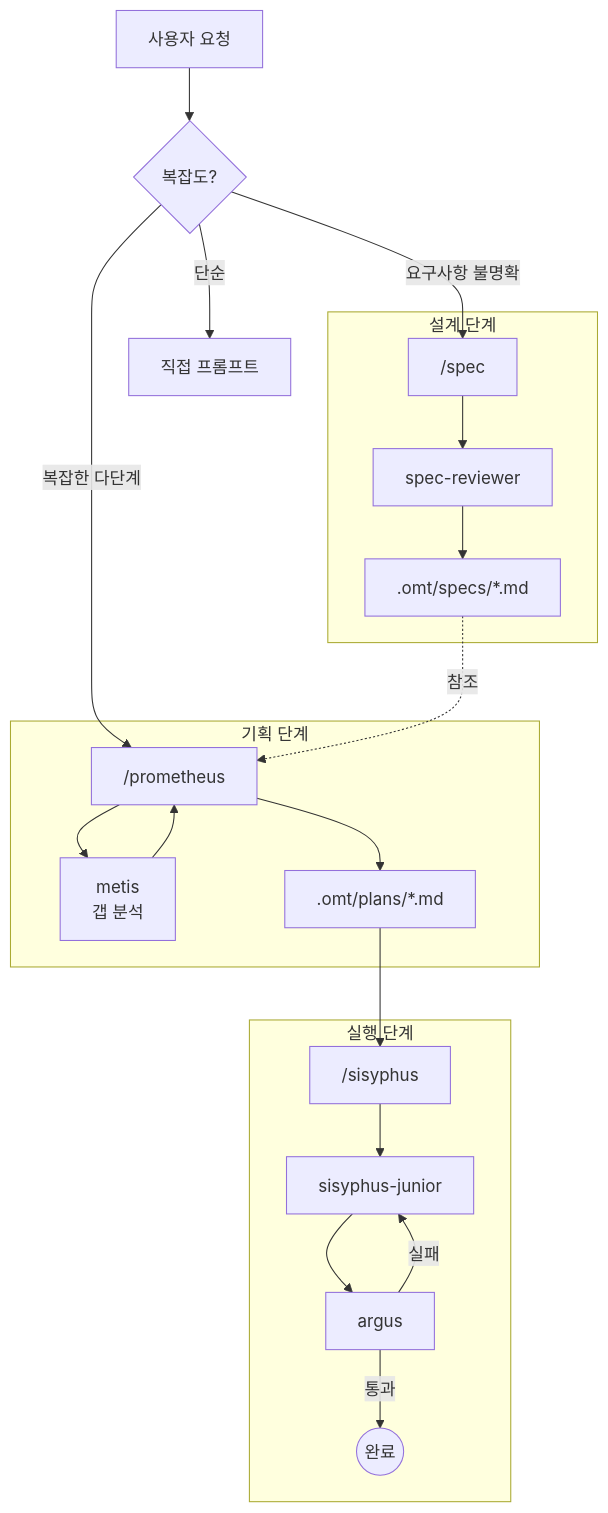
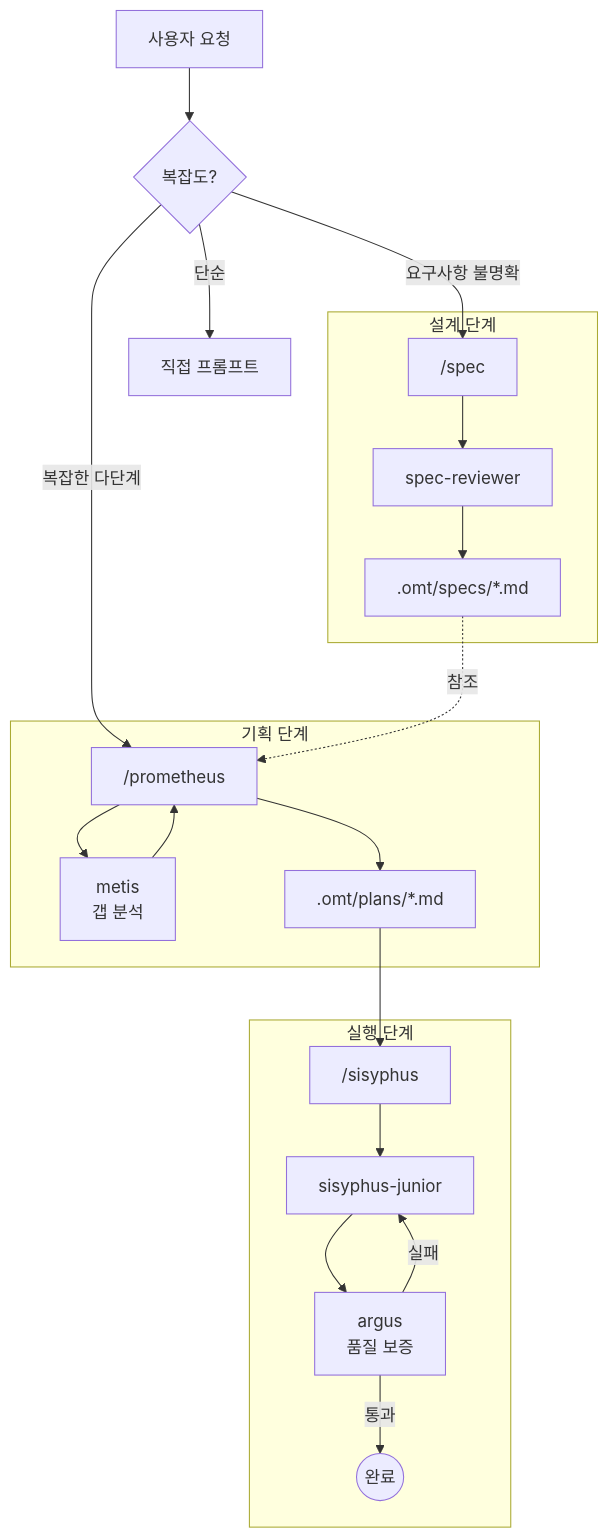
Before and after one commit to toongri/oh-my-toong-playground: the diagram in docs/ORCHESTRATION.md, drawn with Mermaid. The commit also changed other lines of this file and 14 other files, not shown here.

````diff
--- a/docs/ORCHESTRATION.md
+++ b/docs/ORCHESTRATION.md
@@ -50,29 +50,29 @@
 ```mermaid
 flowchart TD
     User[사용자 요청] --> Decision{복잡도?}
 
     Decision -->|단순| Direct[직접 프롬프트]
     Decision -->|요구사항 불명확| Spec
     Decision -->|복잡한 다단계| Prometheus
 
     subgraph 설계 단계
         Spec["/spec"] --> SpecReviewer[spec-reviewer]
         SpecReviewer --> SpecFile[".omt/specs/*.md"]
     end
 
     subgraph 기획 단계
         Prometheus["/prometheus"] --> Metis[metis<br/>갭 분석]
         Metis --> Prometheus
         Prometheus --> PlanFile[".omt/plans/*.md"]
     end
 
     SpecFile -.->|참조| Prometheus
 
     subgraph 실행 단계
         PlanFile --> Sisyphus["/sisyphus"]
         Sisyphus --> Junior[sisyphus-junior]
-        Junior --> CodeReviewer[argus]
-        CodeReviewer -->|통과| Done((완료))
-        CodeReviewer -->|실패| Junior
+        Junior --> QA[argus<br/>품질 보증]
+        QA -->|통과| Done((완료))
+        QA -->|실패| Junior
     end
 ```
````
